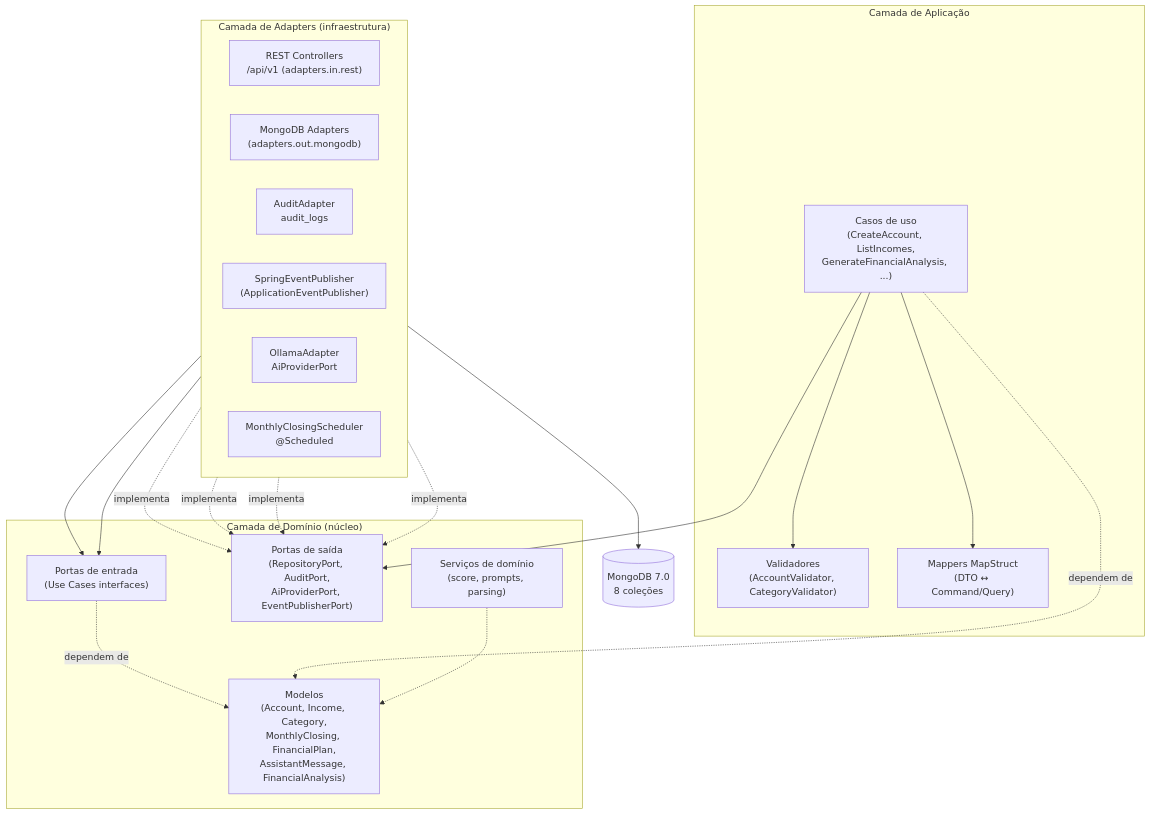
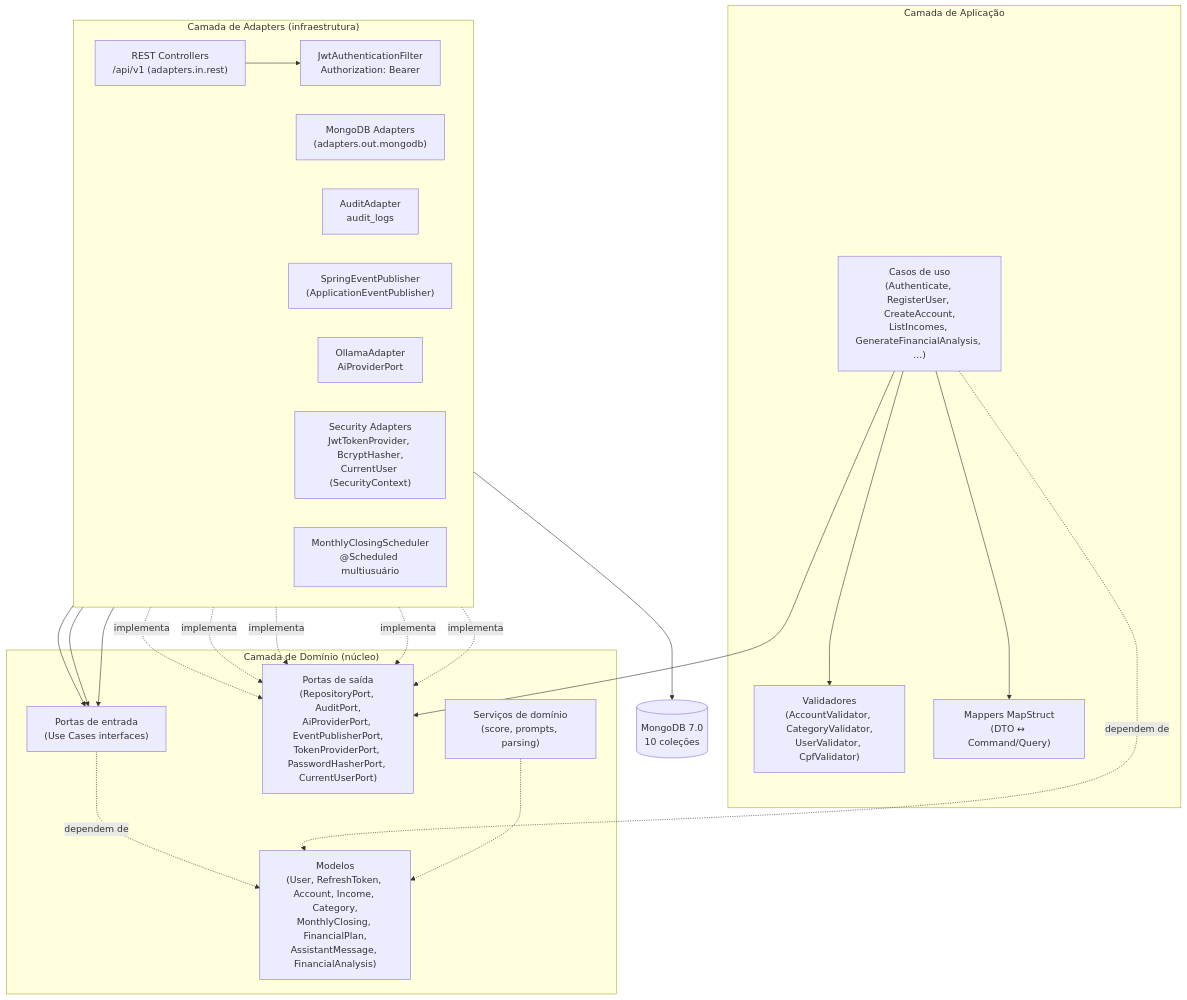
Before and after one commit to mrsalustiano/IA-Financial-backend: the first of 6 diagrams in doc/arquitetura.md, drawn with Mermaid. The commit also changed other lines of this file and 8 other files, not shown here.

````diff
--- a/doc/arquitetura.md
+++ b/doc/arquitetura.md
@@ -28,41 +29,46 @@
 ```mermaid
 flowchart TD
     subgraph adapters["Camada de Adapters (infraestrutura)"]
         direction LR
         REST["REST Controllers<br/>/api/v1 (adapters.in.rest)"]
+        JWT["JwtAuthenticationFilter<br/>Authorization: Bearer"]
         MONGO["MongoDB Adapters<br/>(adapters.out.mongodb)"]
         AUDIT["AuditAdapter<br/>audit_logs"]
         EVENTS["SpringEventPublisher<br/>(ApplicationEventPublisher)"]
         OLLAMA["OllamaAdapter<br/>AiProviderPort"]
-        SCHED["MonthlyClosingScheduler<br/>@Scheduled"]
+        SEC["Security Adapters<br/>JwtTokenProvider, BcryptHasher,<br/>CurrentUser (SecurityContext)"]
+        SCHED["MonthlyClosingScheduler<br/>@Scheduled multiusuário"]
     end
 
     subgraph application["Camada de Aplicação"]
-        UC["Casos de uso<br/>(CreateAccount, ListIncomes,<br/>GenerateFinancialAnalysis, ...)"]
-        VAL["Validadores<br/>(AccountValidator, CategoryValidator)"]
+        UC["Casos de uso<br/>(Authenticate, RegisterUser, CreateAccount,<br/>ListIncomes, GenerateFinancialAnalysis, ...)"]
+        VAL["Validadores<br/>(AccountValidator, CategoryValidator,<br/>UserValidator, CpfValidator)"]
         MAP["Mappers MapStruct<br/>(DTO ↔ Command/Query)"]
     end
 
     subgraph domain["Camada de Domínio (núcleo)"]
-        MODEL["Modelos<br/>(Account, Income, Category,<br/>MonthlyClosing, FinancialPlan,<br/>AssistantMessage, FinancialAnalysis)"]
+        MODEL["Modelos<br/>(User, RefreshToken, Account, Income, Category,<br/>MonthlyClosing, FinancialPlan,<br/>AssistantMessage, FinancialAnalysis)"]
         PORTIN["Portas de entrada<br/>(Use Cases interfaces)"]
-        PORTOUT["Portas de saída<br/>(RepositoryPort, AuditPort,<br/>AiProviderPort, EventPublisherPort)"]
+        PORTOUT["Portas de saída<br/>(RepositoryPort, AuditPort,<br/>AiProviderPort, EventPublisherPort,<br/>TokenProviderPort, PasswordHasherPort, CurrentUserPort)"]
         DSVC["Serviços de domínio<br/>(score, prompts, parsing)"]
     end
 
-    DB[("MongoDB 7.0<br/>8 coleções")]
+    DB[("MongoDB 7.0<br/>10 coleções")]
 
+    REST --> JWT
+    JWT --> PORTIN
     REST --> PORTIN
     SCHED --> PORTIN
     UC --> PORTOUT
     UC --> VAL
     UC --> MAP
     PORTIN -. "dependem de" .-> MODEL
     UC -. "dependem de" .-> MODEL
     DSVC -.-> MODEL
     MONGO --> DB
     MONGO -. "implementa" .-> PORTOUT
     AUDIT -. "implementa" .-> PORTOUT
     OLLAMA -. "implementa" .-> PORTOUT
+    SEC -. "implementa" .-> PORTOUT
     EVENTS -. "implementa" .-> PORTOUT
 ```
````
